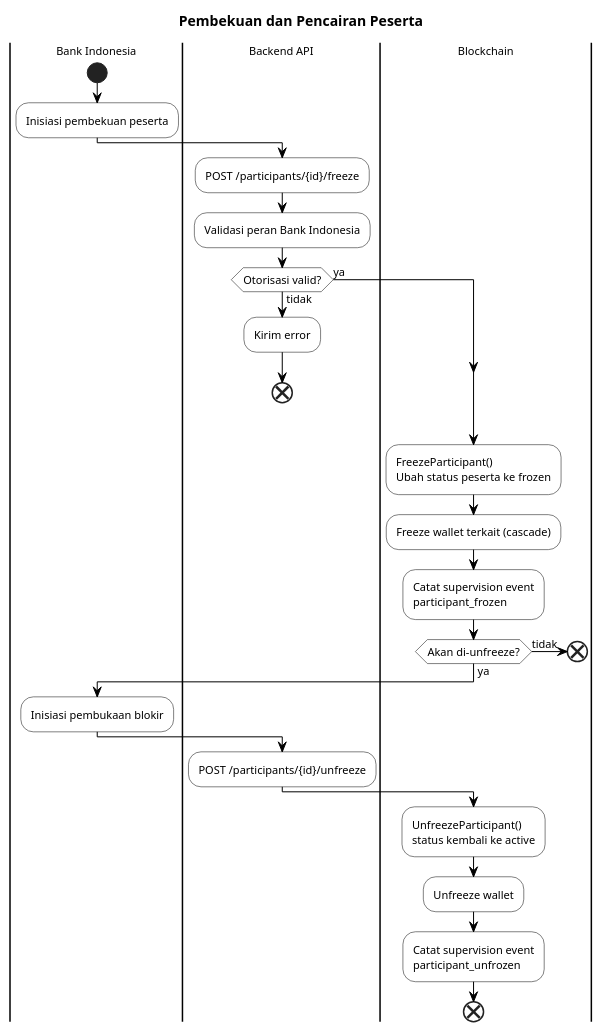
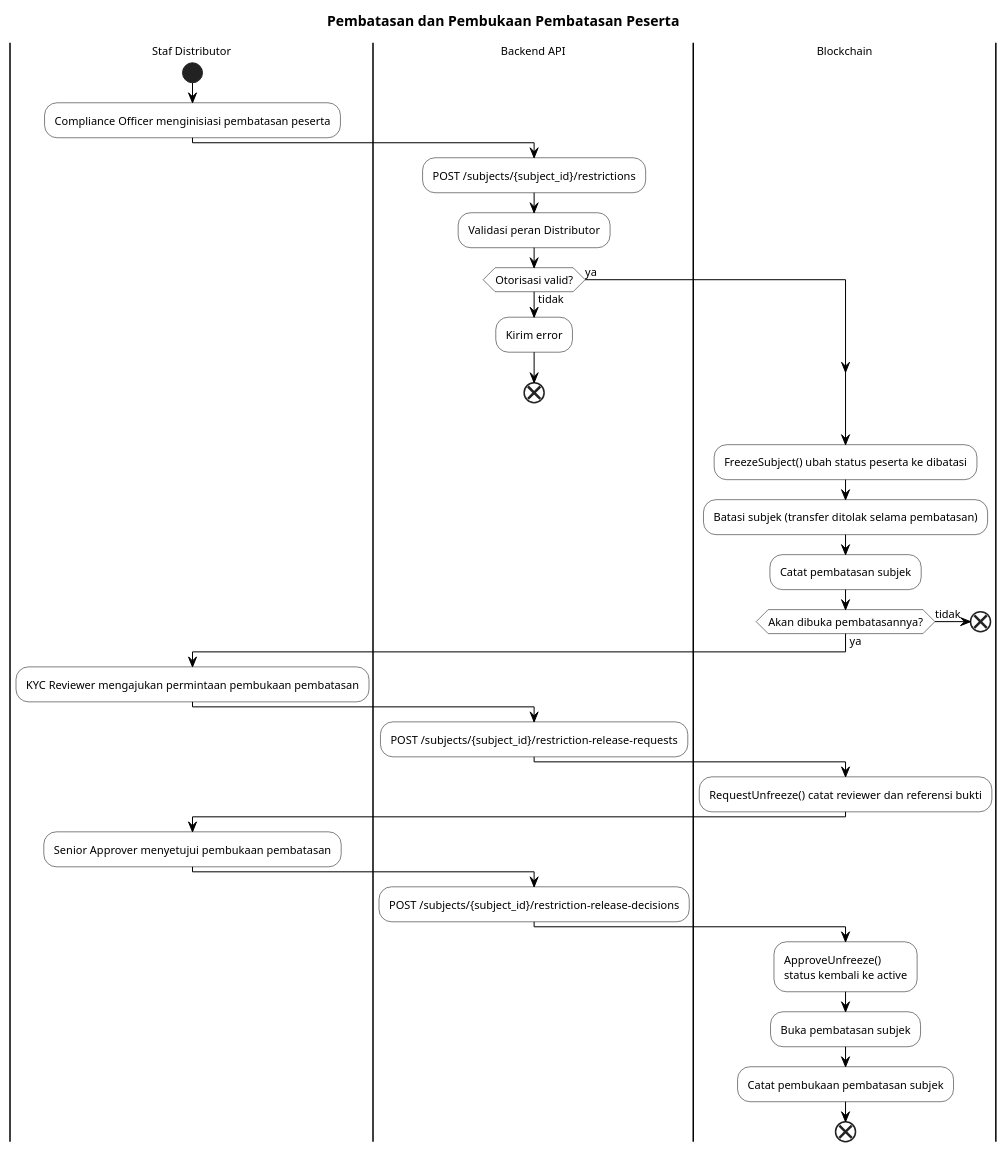
Before and after one commit to mfachrizalg/bi-coin: the sixth of 7 diagrams in bi-coin-fabric/docs/diagrams/plantuml/activity-diagrams.puml, drawn with PlantUML. The commit also changed other lines of this file and 364 other files, not shown here.

```diff
--- a/bi-coin-fabric/docs/diagrams/plantuml/activity-diagrams.puml
+++ b/bi-coin-fabric/docs/diagrams/plantuml/activity-diagrams.puml
@@ -252,57 +298,63 @@
 @startuml AD08-Pembekuan-Peserta
 skinparam monochrome true
 skinparam defaultFontSize 11
 skinparam activityFontSize 11
 skinparam activityBackgroundColor white
 skinparam activityBorderColor black
 skinparam activityDiamondBackgroundColor white
 skinparam activityDiamondBorderColor black
 skinparam arrowColor black
 skinparam noteBackgroundColor white
 skinparam noteBorderColor black
 skinparam swimlaneBorderColor black
 skinparam partitionBorderColor black
 
-title Pembekuan dan Pencairan Peserta
+title Pembatasan dan Pembukaan Pembatasan Peserta
 
-|Bank Indonesia|
+|Staf Distributor|
 start
-:Inisiasi pembekuan peserta;
+:Compliance Officer menginisiasi pembatasan peserta;
 
 |Backend API|
-:POST /participants/{id}/freeze;
-:Validasi peran Bank Indonesia;
+:POST /subjects/{subject_id}/restrictions;
+:Validasi peran Distributor;
 
 if (Otorisasi valid?) then (tidak)
   :Kirim error;
   end
 else (ya)
 endif
 
 |Blockchain|
-:FreezeParticipant()
-Ubah status peserta ke frozen;
-:Freeze wallet terkait (cascade);
-:Catat supervision event
-participant_frozen;
+:FreezeSubject() ubah status peserta ke dibatasi;
+:Batasi subjek (transfer ditolak selama pembatasan);
+:Catat pembatasan subjek;
 
-if (Akan di-unfreeze?) then (tidak)
+if (Akan dibuka pembatasannya?) then (tidak)
   end
 else (ya)
 endif
 
-|Bank Indonesia|
-:Inisiasi pembukaan blokir;
+|Staf Distributor|
+:KYC Reviewer mengajukan permintaan pembukaan pembatasan;
 
 |Backend API|
-:POST /participants/{id}/unfreeze;
+:POST /subjects/{subject_id}/restriction-release-requests;
 
 |Blockchain|
-:UnfreezeParticipant()
+:RequestUnfreeze() catat reviewer dan referensi bukti;
+
+|Staf Distributor|
+:Senior Approver menyetujui pembukaan pembatasan;
+
+|Backend API|
+:POST /subjects/{subject_id}/restriction-release-decisions;
+
+|Blockchain|
+:ApproveUnfreeze()
 status kembali ke active;
-:Unfreeze wallet;
-:Catat supervision event
-participant_unfrozen;
+:Buka pembatasan subjek;
+:Catat pembukaan pembatasan subjek;
 end
 
 @enduml
```
